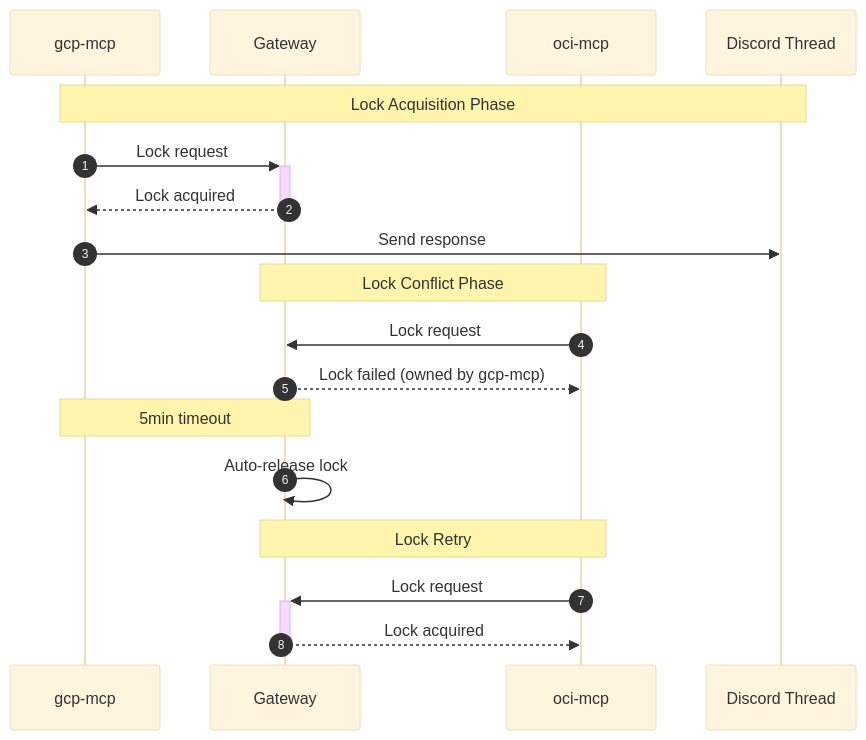
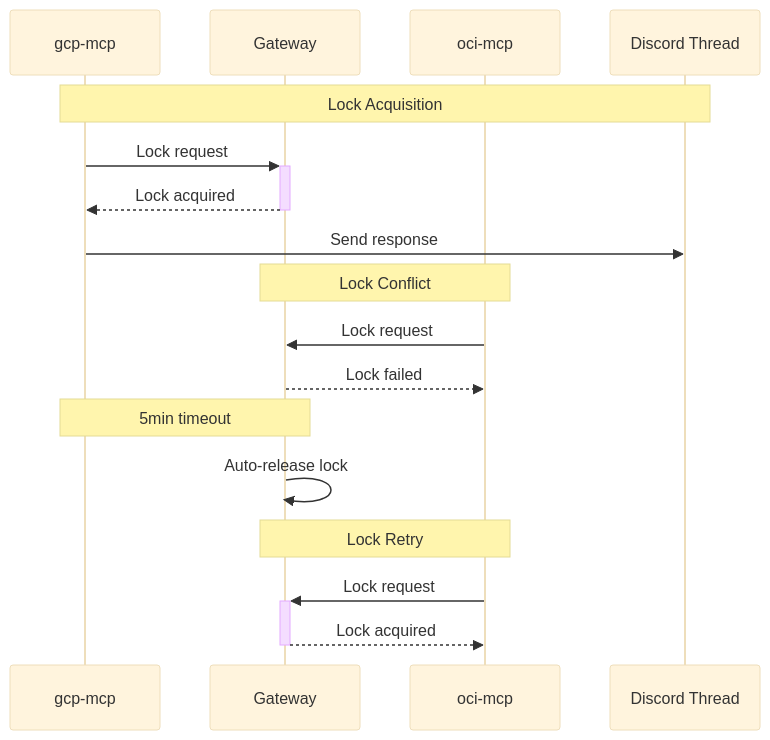
Before and after one commit to yarang/blogs: the fifth of 7 diagrams in content/en/post/2026-03-01-013-discord-gateway-mcp-architecture-design.md, drawn with Mermaid (base theme). The commit also changed other lines of this file and 1 other file, not shown here.

First line of the commit message:
Simplify Mermaid diagrams for web compatibility

````diff
--- a/content/en/post/2026-03-01-013-discord-gateway-mcp-architecture-design.md
+++ b/content/en/post/2026-03-01-013-discord-gateway-mcp-architecture-design.md
@@ -258,24 +229,23 @@
 ```mermaid
 sequenceDiagram
-    autonumber
-    participant MCP1 as gcp-mcp
-    participant Gateway as Gateway
-    participant MCP2 as oci-mcp
-    participant Discord as Discord Thread
+    participant M1 as gcp-mcp
+    participant GW as Gateway
+    participant M2 as oci-mcp
+    participant DT as Discord Thread
 
-    Note over MCP1,Discord: Lock Acquisition Phase
-    MCP1->>+Gateway: Lock request
-    Gateway-->>-MCP1: Lock acquired
-    MCP1->>Discord: Send response
+    Note over M1,DT: Lock Acquisition
+    M1->>+GW: Lock request
+    GW-->>-M1: Lock acquired
+    M1->>DT: Send response
 
-    Note over MCP2,Gateway: Lock Conflict Phase
-    MCP2->>Gateway: Lock request
-    Gateway-->>MCP2: Lock failed (owned by gcp-mcp)
+    Note over M2,GW: Lock Conflict
+    M2->>GW: Lock request
+    GW-->>M2: Lock failed
 
-    Note over MCP1,Gateway: 5min timeout
-    Gateway->>Gateway: Auto-release lock
+    Note over M1,GW: 5min timeout
+    GW->>GW: Auto-release lock
 
-    Note over MCP2,Gateway: Lock Retry
-    MCP2->>+Gateway: Lock request
-    Gateway-->>-MCP2: Lock acquired
+    Note over M2,GW: Lock Retry
+    M2->>+GW: Lock request
+    GW-->>-M2: Lock acquired
 ```
````
